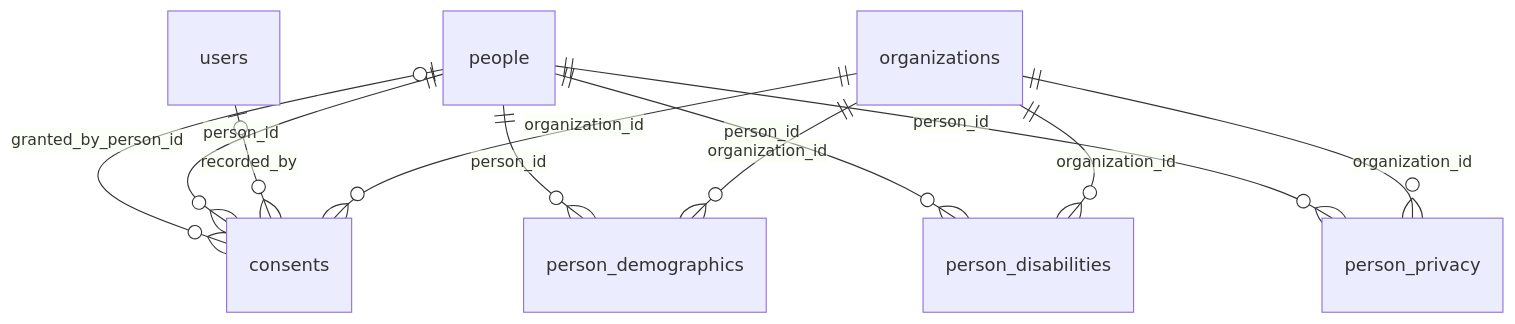
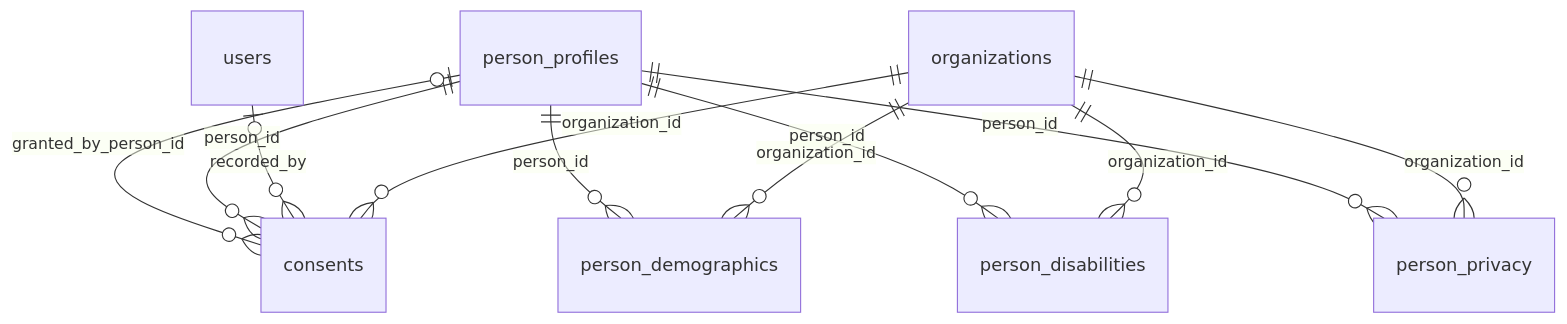
The eighth of 9 diagrams in docs/schema-design.md (chenson42/presby), drawn with Mermaid before and after one commit. The commit also changed other lines of this file and 13 other files, not shown here.

First line of the commit message:
refactor(schema): make people global, add person_profiles (D1 reversed)

````diff
--- a/docs/schema-design.md
+++ b/docs/schema-design.md
@@ -217,13 +216,13 @@
 ```mermaid
 erDiagram
   organizations ||--o{ consents : "organization_id"
   users |o--o{ consents : "recorded_by"
-  people ||--o{ consents : "person_id"
-  people |o--o{ consents : "granted_by_person_id"
+  person_profiles ||--o{ consents : "person_id"
+  person_profiles |o--o{ consents : "granted_by_person_id"
   organizations ||--o{ person_demographics : "organization_id"
-  people ||--o{ person_demographics : "person_id"
+  person_profiles ||--o{ person_demographics : "person_id"
   organizations ||--o{ person_disabilities : "organization_id"
-  people ||--o{ person_disabilities : "person_id"
+  person_profiles ||--o{ person_disabilities : "person_id"
   organizations ||--o{ person_privacy : "organization_id"
-  people ||--o{ person_privacy : "person_id"
+  person_profiles ||--o{ person_privacy : "person_id"
 ```
````
